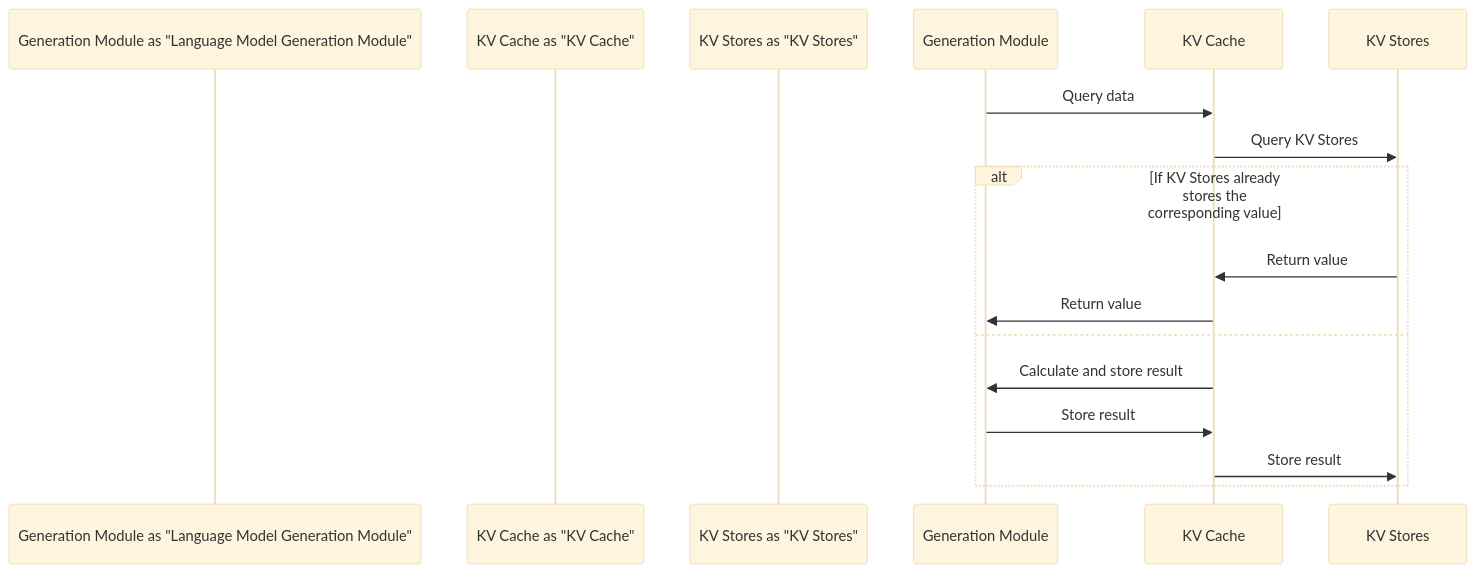
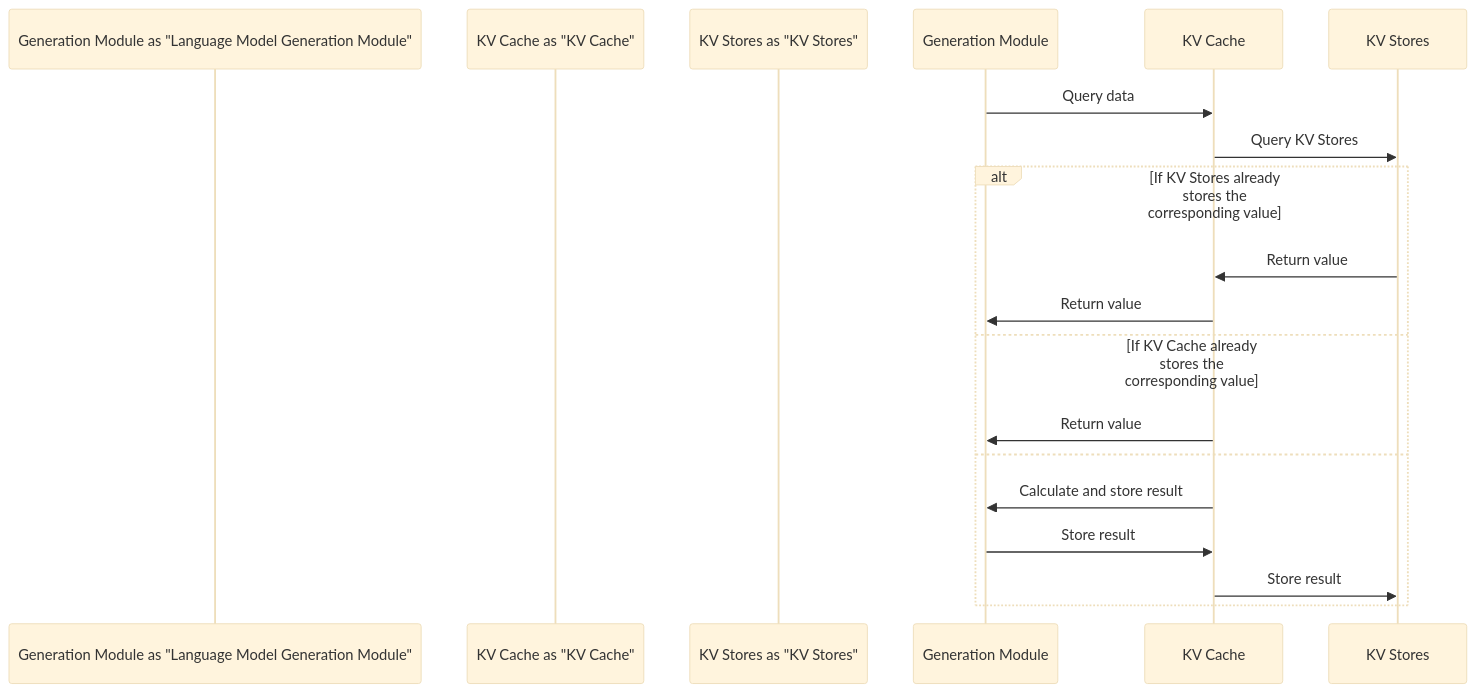
Before and after one commit to a920604a/engineernews: the diagram in src/content/posts/tech/_2026-05-10--22kv-cache.en.md, drawn with Mermaid (base theme). The commit also changed 5 other files, not shown here.

Commit message:
fix: auto-fix mermaid syntax errors in posts

````diff
--- a/src/content/posts/tech/_2026-05-10--22kv-cache.en.md
+++ b/src/content/posts/tech/_2026-05-10--22kv-cache.en.md
@@ -32,17 +32,19 @@
 ```mermaid
 sequenceDiagram
     participant Generation Module as "Language Model Generation Module"
     participant KV Cache as "KV Cache"
     participant KV Stores as "KV Stores"
 
     Generation Module->>KV Cache: Query data
     KV Cache->>KV Stores: Query KV Stores
     alt If KV Stores already stores the corresponding value
         KV Stores->>KV Cache: Return value
         KV Cache->>Generation Module: Return value
+    else If KV Cache already stores the corresponding value
+        KV Cache->>Generation Module: Return value
     else 
         KV Cache->>Generation Module: Calculate and store result
         Generation Module->>KV Cache: Store result
         KV Cache->>KV Stores: Store result
     end
 ```
````
